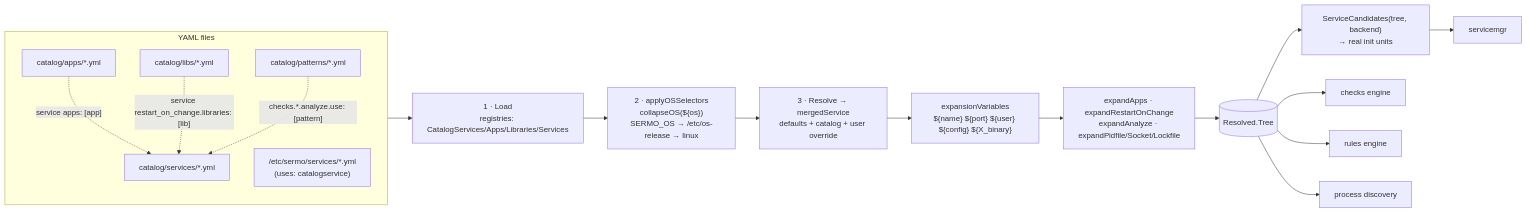
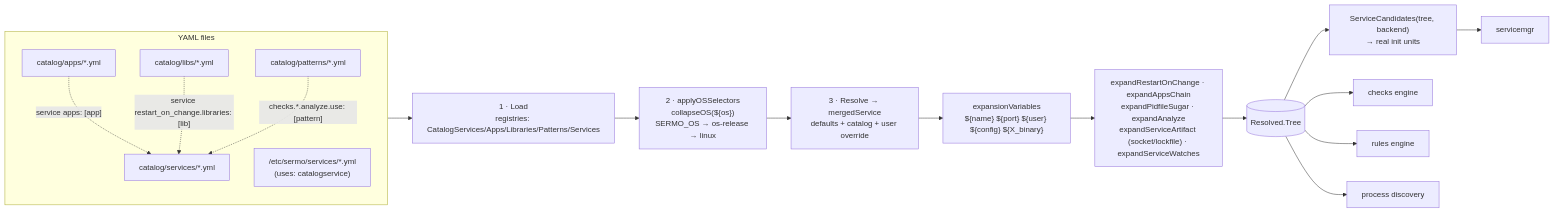
Before and after one commit to inode64/Sermo: the second of 6 diagrams in docs/architecture.md, drawn with Mermaid. The commit also changed other lines of this file and 25 other files, not shown here.

````diff
--- a/docs/architecture.md
+++ b/docs/architecture.md
@@ -89,27 +93,27 @@
 ```mermaid
 flowchart LR
   subgraph files["YAML files"]
     S["catalog/services/*.yml"]
     A["catalog/apps/*.yml"]
     L["catalog/libs/*.yml"]
     P["catalog/patterns/*.yml"]
     U["/etc/sermo/services/*.yml<br/>(uses: catalogservice)"]
   end
 
-  files --> LOAD["1 · Load<br/>registries: CatalogServices/Apps/Libraries/Services"]
-  LOAD --> OSC["2 · applyOSSelectors<br/>collapseOS(${os})<br/>SERMO_OS → /etc/os-release → linux"]
+  files --> LOAD["1 · Load<br/>registries: CatalogServices/Apps/Libraries/Patterns/Services"]
+  LOAD --> OSC["2 · applyOSSelectors<br/>collapseOS(${os})<br/>SERMO_OS → os-release → linux"]
   OSC --> MERGE["3 · Resolve → mergedService<br/>defaults + catalog + user override"]
   MERGE --> VARS["expansionVariables<br/>${name} ${port} ${user} ${config} ${X_binary}"]
-  VARS --> EXP["expandApps · expandRestartOnChange<br/>expandAnalyze · expandPidfile/Socket/Lockfile"]
+  VARS --> EXP["expandRestartOnChange · expandAppsChain<br/>expandPidfileSugar · expandAnalyze<br/>expandServiceArtifact (socket/lockfile) · expandServiceWatches"]
   EXP --> TREE[("Resolved.Tree")]
 
   TREE --> SC["ServiceCandidates(tree, backend)<br/>→ real init units"]
   SC --> SMc["servicemgr"]
   TREE --> CHKc["checks engine"]
   TREE --> RULc["rules engine"]
   TREE --> PROCc["process discovery"]
 
   A -. "service apps: [app]" .-> S
   L -. "service restart_on_change.libraries: [lib]" .-> S
   P -. "checks.*.analyze.use: [pattern]" .-> S
 ```
````
